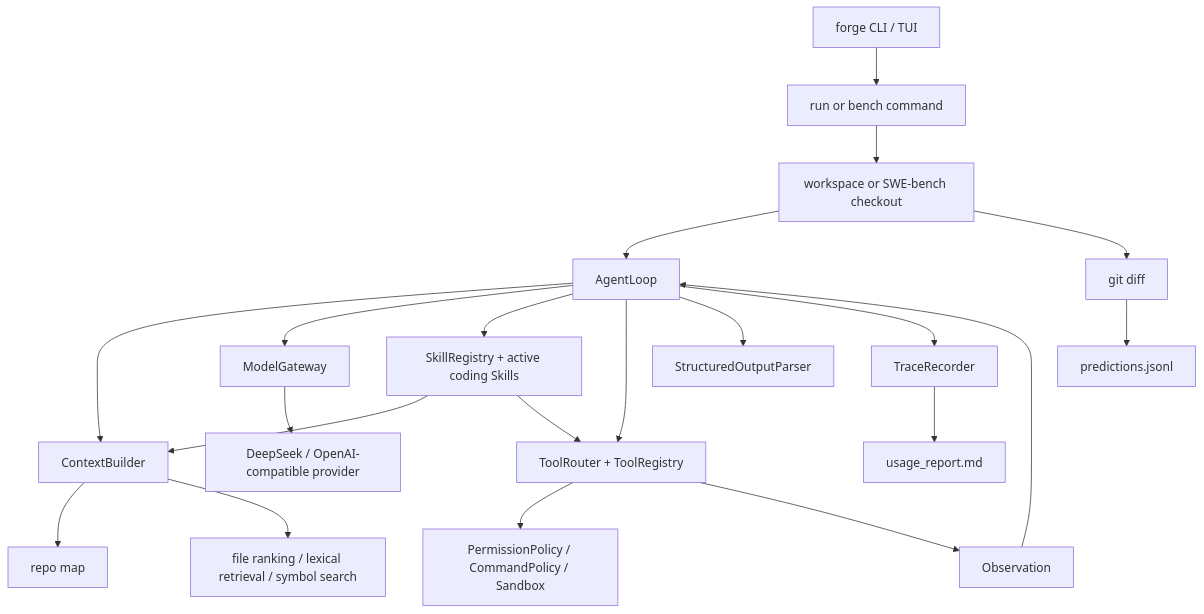
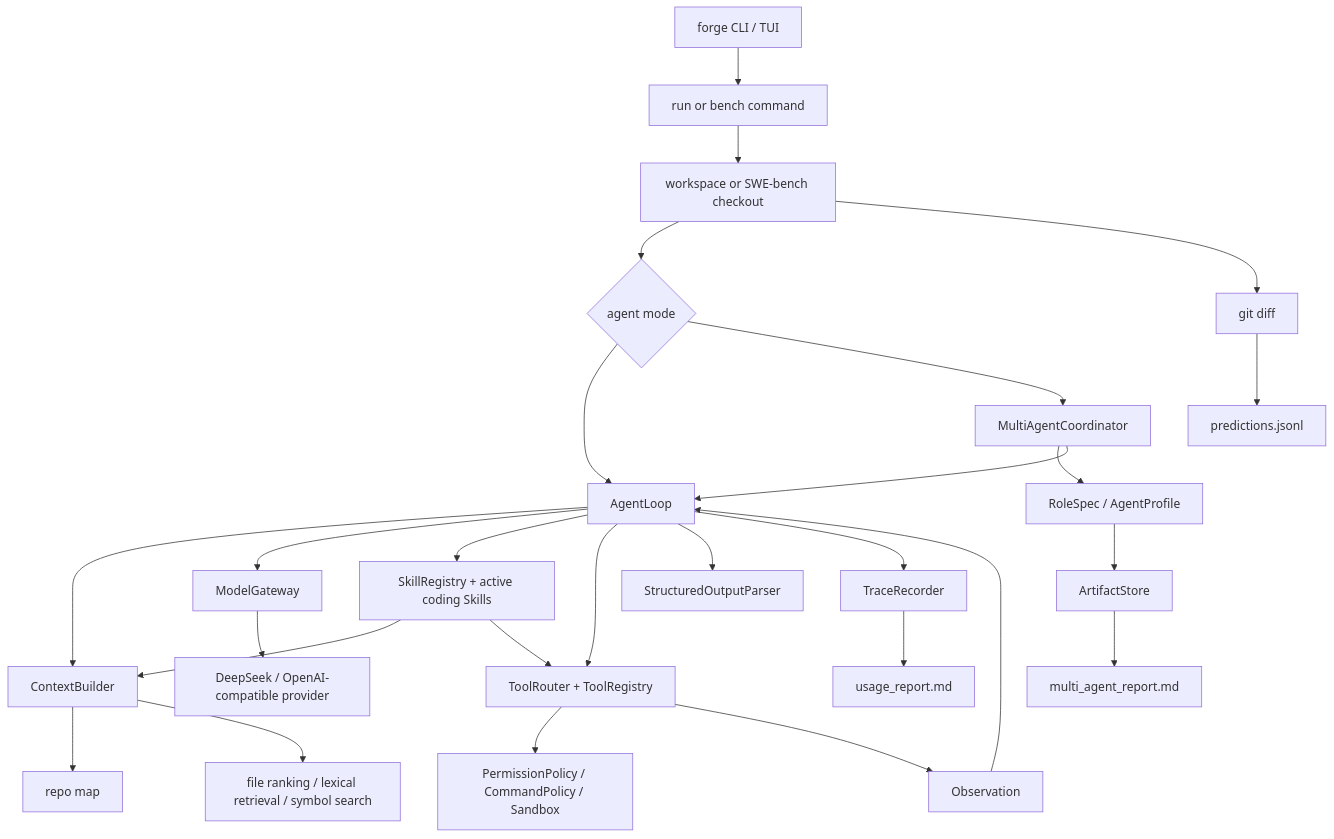
Before and after one commit to semi-hollow/NanoHarness: the diagram in docs/architecture.md, drawn with Mermaid. The commit also changed other lines of this file and 35 other files, not shown here.

Commit message:
Add single and multi-agent comparison

````diff
--- a/docs/architecture.md
+++ b/docs/architecture.md
@@ -10,23 +10,29 @@
 ```mermaid
 flowchart TD
     User["forge CLI / TUI"] --> Run["run or bench command"]
     Run --> Workspace["workspace or SWE-bench checkout"]
-    Workspace --> Loop["AgentLoop"]
+    Workspace --> Mode{"agent mode"}
+    Mode --> Loop["AgentLoop"]
+    Mode --> Coordinator["MultiAgentCoordinator"]
+    Coordinator --> Roles["RoleSpec / AgentProfile"]
+    Roles --> Artifacts["ArtifactStore"]
+    Coordinator --> Loop
     Loop --> Context["ContextBuilder"]
     Context --> RepoMap["repo map"]
     Context --> Ranking["file ranking / lexical retrieval / symbol search"]
     Loop --> Model["ModelGateway"]
     Model --> Provider["DeepSeek / OpenAI-compatible provider"]
     Loop --> Skills["SkillRegistry + active coding Skills"]
     Skills --> Context
     Skills --> Tools
     Loop --> Tools["ToolRouter + ToolRegistry"]
     Loop --> Structured["StructuredOutputParser"]
     Tools --> Safety["PermissionPolicy / CommandPolicy / Sandbox"]
     Tools --> Observation["Observation"]
     Observation --> Loop
     Loop --> Trace["TraceRecorder"]
     Trace --> Usage["usage_report.md"]
+    Artifacts --> MultiReport["multi_agent_report.md"]
     Workspace --> Diff["git diff"]
     Diff --> Prediction["predictions.jsonl"]
 ```
````
